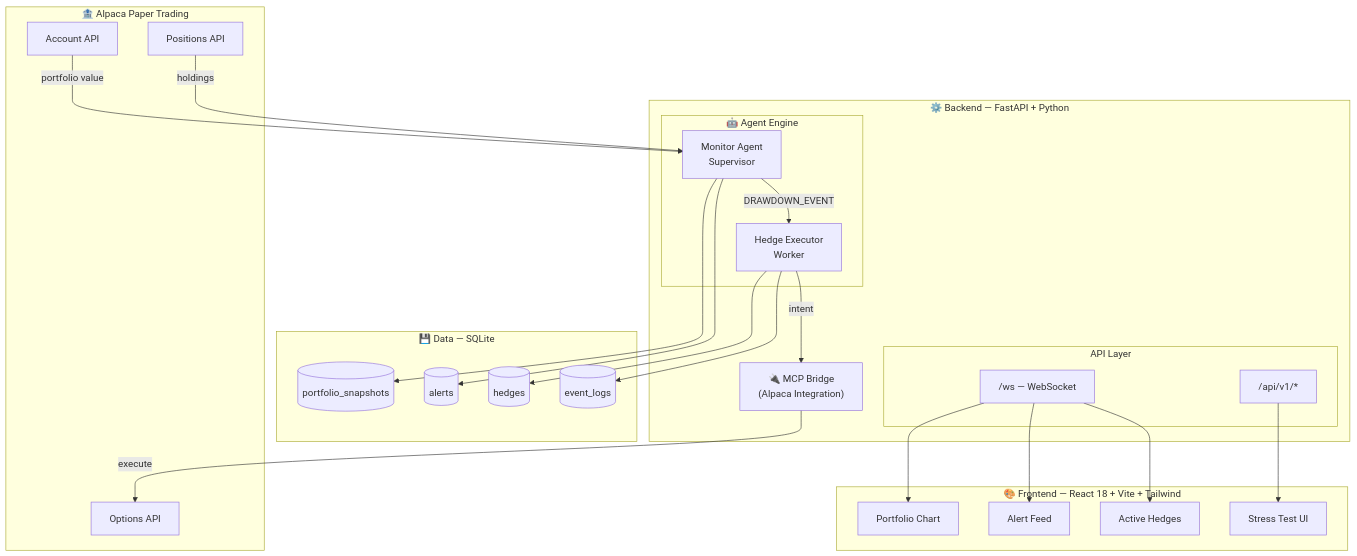
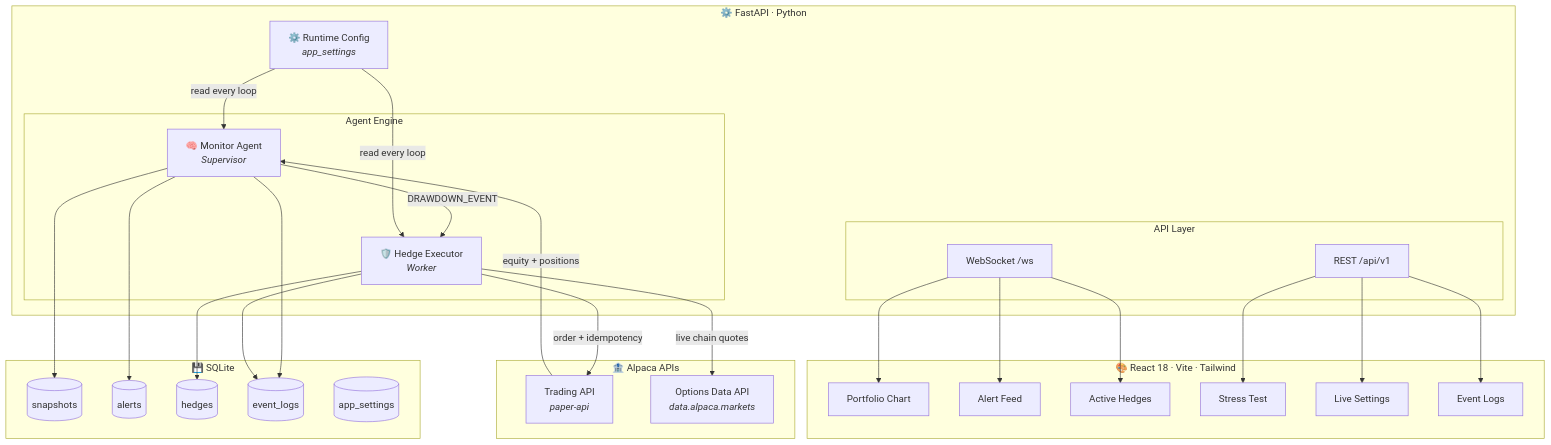
Before and after one commit to builtbyrehan/Hedgify: the diagram in README.MD, drawn with Mermaid. The commit also changed other lines of this file, not shown here.

````diff
--- a/README.MD
+++ b/README.MD
@@ -45,55 +90,48 @@
 ```mermaid
 flowchart TB
-    subgraph Frontend["🎨 Frontend — React 18 + Vite + Tailwind"]
+    subgraph Frontend["🎨 React 18 · Vite · Tailwind"]
         D1[Portfolio Chart]
         D2[Alert Feed]
         D3[Active Hedges]
-        D4[Stress Test UI]
+        D4[Stress Test]
+        D5[Live Settings]
+        D6[Event Logs]
     end
 
-    subgraph Backend["⚙️ Backend — FastAPI + Python"]
+    subgraph Backend["⚙️ FastAPI · Python"]
         subgraph API["API Layer"]
-            REST["/api/v1/*"]
-            WS["/ws — WebSocket"]
+            REST["REST /api/v1"]
+            WS["WebSocket /ws"]
         end
-
-        subgraph Agents["🤖 Agent Engine"]
-            MON["Monitor Agent
-Supervisor"]
-            EXE["Hedge Executor
-Worker"]
+        subgraph Agents["Agent Engine"]
+            MON["🧠 Monitor Agent<br/><i>Supervisor</i>"]
+            EXE["🛡️ Hedge Executor<br/><i>Worker</i>"]
         end
-
-        MCP["🔌 MCP Bridge
-(Alpaca Integration)"]
+        CFG["⚙️ Runtime Config<br/><i>app_settings</i>"]
     end
 
-    subgraph Data["💾 Data — SQLite"]
-        DB1[(portfolio_snapshots)]
+    subgraph Data["💾 SQLite"]
+        DB1[(snapshots)]
         DB2[(alerts)]
         DB3[(hedges)]
         DB4[(event_logs)]
+        DB5[(app_settings)]
     end
 
-    subgraph Broker["🏦 Alpaca Paper Trading"]
-        ACC["Account API"]
-        POS["Positions API"]
-        OPT["Options API"]
+    subgraph Broker["🏦 Alpaca APIs"]
+        ACC["Trading API<br/><i>paper-api</i>"]
+        OPT["Options Data API<br/><i>data.alpaca.markets</i>"]
     end
 
-    MON -->|DRAWDOWN_EVENT| EXE
-    EXE -->|intent| MCP
-    MCP -->|execute| OPT
-    ACC -->|portfolio value| MON
-    POS -->|holdings| MON
+    MON -->|"DRAWDOWN_EVENT"| EXE
+    EXE -->|"order + idempotency"| ACC
+    EXE -->|"live chain quotes"| OPT
+    ACC -->|"equity + positions"| MON
+    CFG -->|"read every loop"| MON & EXE
 
-    MON --> DB1
-    MON --> DB2
-    EXE --> DB3
-    EXE --> DB4
+    MON --> DB1 & DB2 & DB4
+    EXE --> DB3 & DB4
 
-    WS --> D1
-    WS --> D2
-    WS --> D3
-    REST --> D4
+    WS --> D1 & D2 & D3
+    REST --> D4 & D5 & D6
 ```
````
